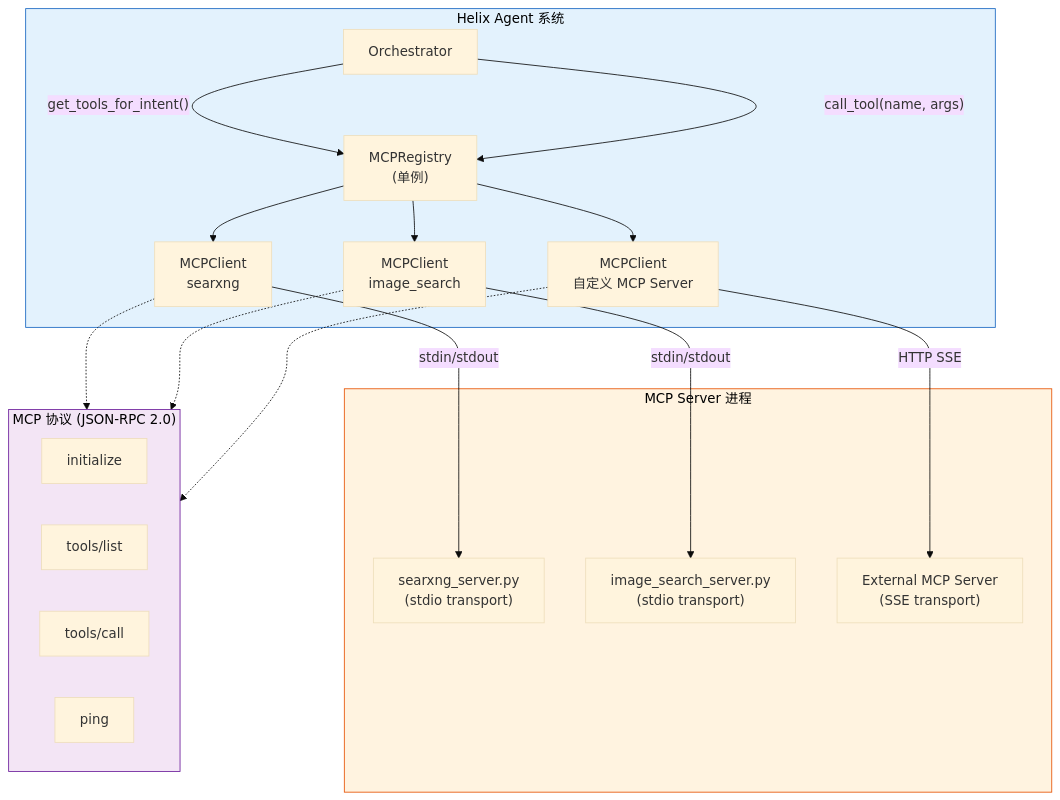
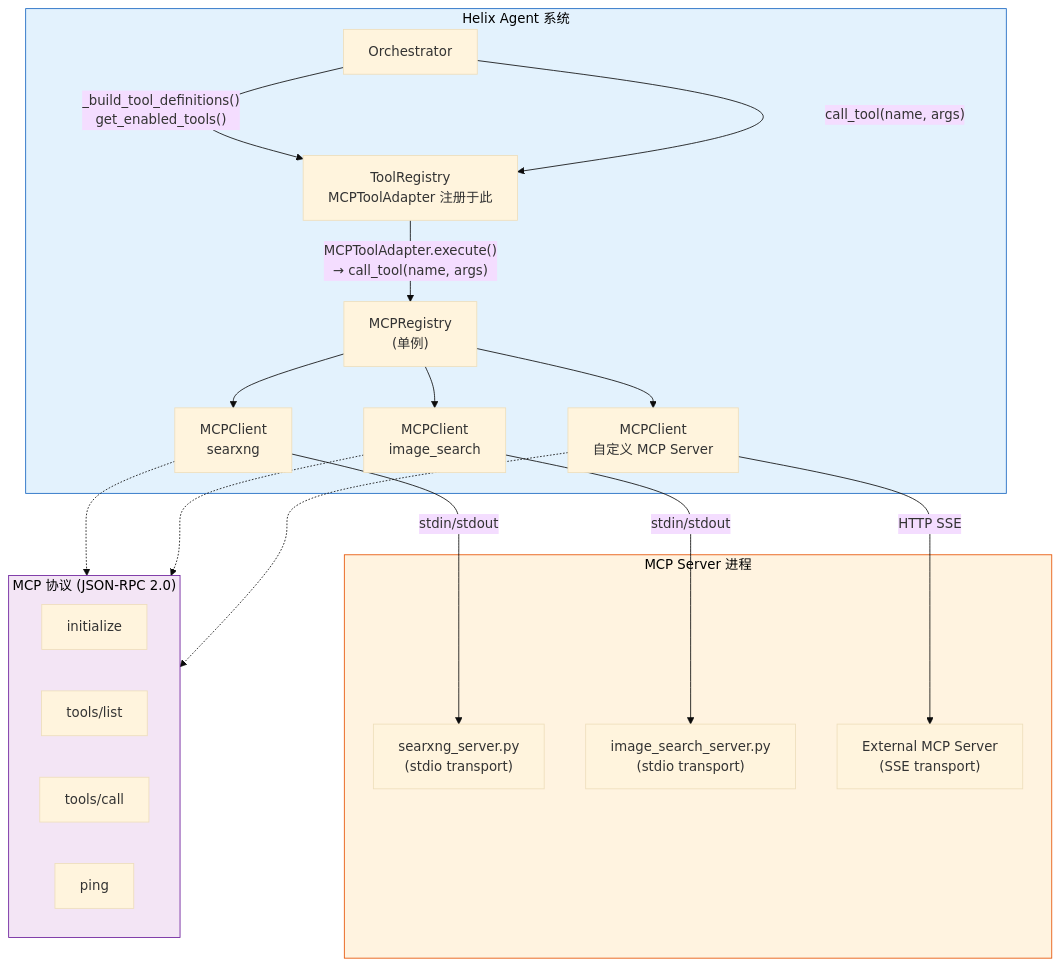
The seventh of 16 diagrams in doc/design.md (jimmylang74/Helix), drawn with Mermaid (base theme) before and after one commit. The commit also changed other lines of this file, not shown here.

````diff
--- a/doc/design.md
+++ b/doc/design.md
@@ -434,39 +450,41 @@
 ```mermaid
 graph TB
     subgraph Helix["Helix Agent 系统"]
         ORCH["Orchestrator"]
+        TR["ToolRegistry<br/>MCPToolAdapter 注册于此"]
         MCPREG["MCPRegistry<br/>(单例)"]
         CLIENT1["MCPClient<br/>searxng"]
         CLIENT2["MCPClient<br/>image_search"]
         CLIENT3["MCPClient<br/>自定义 MCP Server"]
     end
 
     subgraph MCP_Servers["MCP Server 进程"]
         S1["searxng_server.py<br/>(stdio transport)"]
         S2["image_search_server.py<br/>(stdio transport)"]
         S3["External MCP Server<br/>(SSE transport)"]
     end
 
     subgraph Protocol["MCP 协议 (JSON-RPC 2.0)"]
         P1["initialize"]
         P2["tools/list"]
         P3["tools/call"]
         P4["ping"]
     end
 
-    ORCH -->|"get_tools_for_intent()"| MCPREG
-    ORCH -->|"call_tool(name, args)"| MCPREG
+    ORCH -->|"_build_tool_definitions()<br/>get_enabled_tools()"| TR
+    ORCH -->|"call_tool(name, args)"| TR
+    TR -->|"MCPToolAdapter.execute()<br/>→ call_tool(name, args)"| MCPREG
     MCPREG --> CLIENT1
     MCPREG --> CLIENT2
     MCPREG --> CLIENT3
     CLIENT1 -->|"stdin/stdout"| S1
     CLIENT2 -->|"stdin/stdout"| S2
     CLIENT3 -->|"HTTP SSE"| S3
     CLIENT1 -.-> Protocol
     CLIENT2 -.-> Protocol
     CLIENT3 -.-> Protocol
 
     style Helix fill:#e3f2fd,stroke:#1565c0,color:#000
     style MCP_Servers fill:#fff3e0,stroke:#e65100,color:#000
     style Protocol fill:#f3e5f5,stroke:#6a1b9a,color:#000
 ```
````
